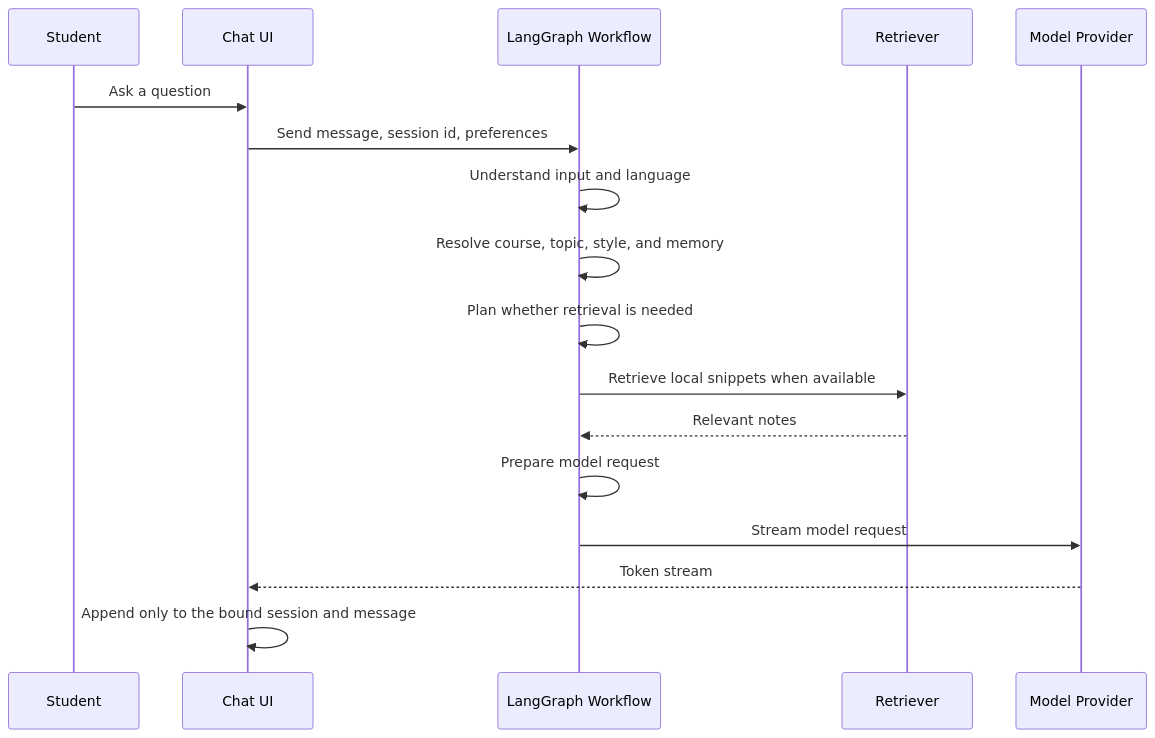
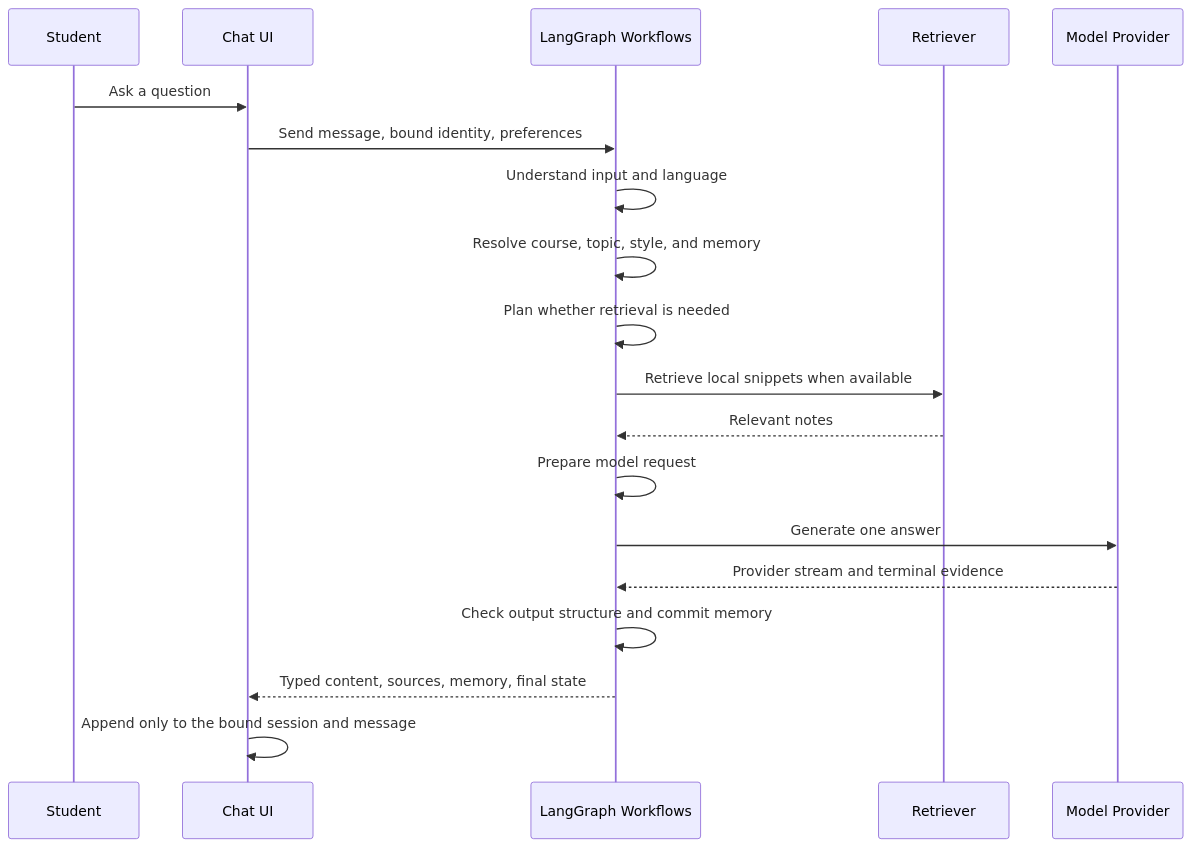
One commit to lizr-phys/physics-learning-agent changed the second of 5 diagrams in README.md. Above: the diagram before and after it, drawn with Mermaid. The commit also changed other lines of this file and 149 other files, not shown here.

````diff
--- a/README.md
+++ b/README.md
@@ -188,20 +214,22 @@
 ```mermaid
 sequenceDiagram
   participant U as Student
   participant UI as Chat UI
-  participant A as LangGraph Workflow
+  participant A as LangGraph Workflows
   participant R as Retriever
   participant M as Model Provider
 
   U->>UI: Ask a question
-  UI->>A: Send message, session id, preferences
+  UI->>A: Send message, bound identity, preferences
   A->>A: Understand input and language
   A->>A: Resolve course, topic, style, and memory
   A->>A: Plan whether retrieval is needed
   A->>R: Retrieve local snippets when available
   R-->>A: Relevant notes
   A->>A: Prepare model request
-  A->>M: Stream model request
-  M-->>UI: Token stream
+  A->>M: Generate one answer
+  M-->>A: Provider stream and terminal evidence
+  A->>A: Check output structure and commit memory
+  A-->>UI: Typed content, sources, memory, final state
   UI->>UI: Append only to the bound session and message
 ```
````
